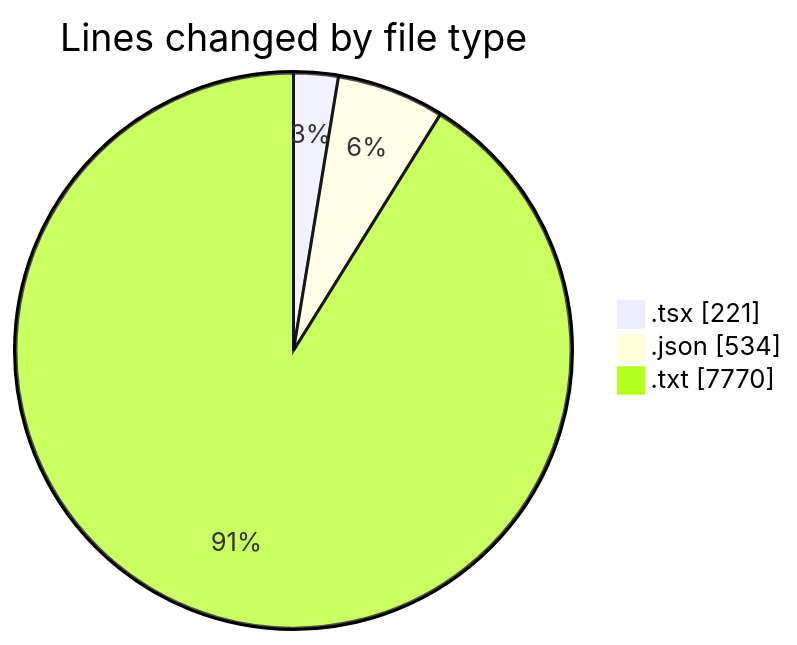
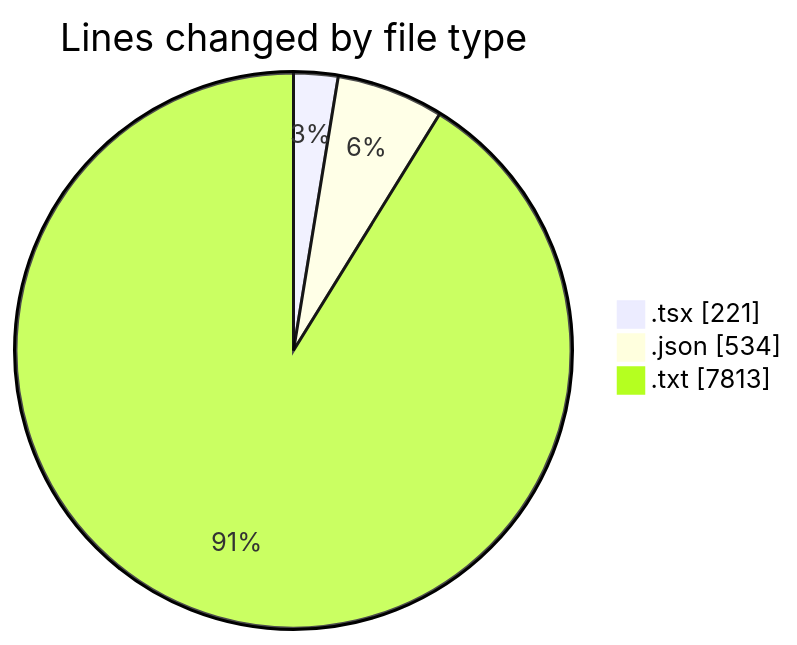
The first of 2 diagrams in 2025-08-01/tw-server/README.md (EIIisD/code-tracking), drawn with Mermaid before and after one commit. The commit also changed other lines of this file and 1 other file, not shown here.

````diff
--- a/2025-08-01/tw-server/README.md
+++ b/2025-08-01/tw-server/README.md
@@ -26,7 +27,7 @@
 ```mermaid
 pie showData
 title Lines changed by file type
 ".tsx" : 221
 ".json" : 534
-".txt" : 7770
+".txt" : 7813
 ```
````
